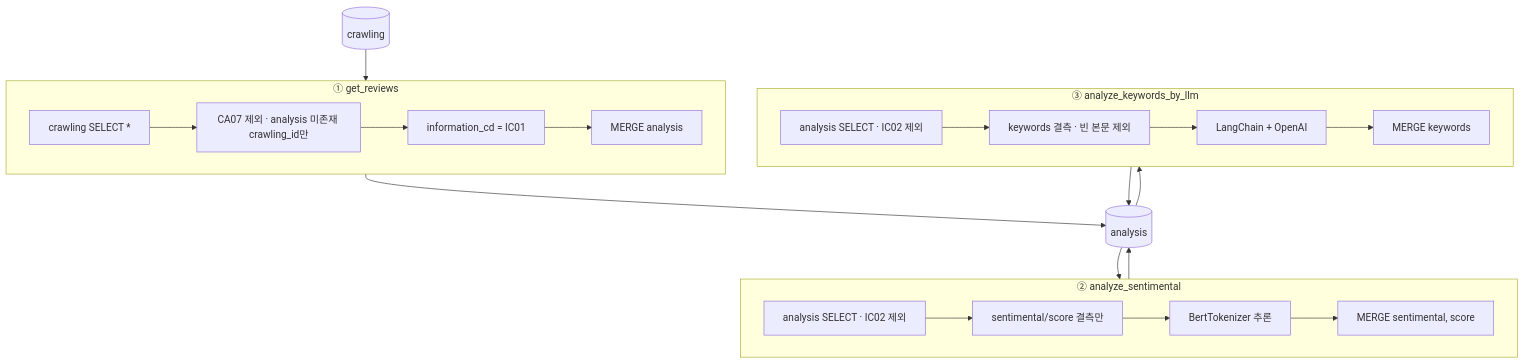
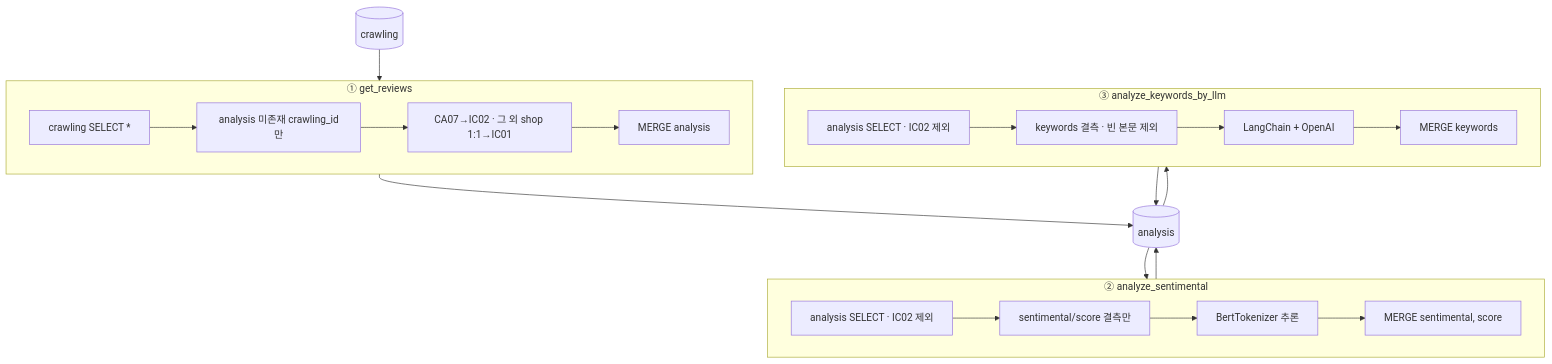
The fourth of 7 diagrams in ai/post_analysis/docs/design.md (SKN-27th-FitLog/SK-Connect), drawn with Mermaid before and after one commit. The commit also changed other lines of this file and 2 other files, not shown here.

Commit message:
[feature-post-analysis][김경수] 분석 테이블에 IT 정보글도 포함되도록 수정 (기존 예외처리 우회함 / IT 정보글을 따로 마스킹 한다음 나중에 다시 합치는 방식으로 처리했음 )

````diff
--- a/ai/post_analysis/docs/design.md
+++ b/ai/post_analysis/docs/design.md
@@ -144,33 +144,33 @@
 ```mermaid
 flowchart TB
   subgraph step1 [① get_reviews]
     S1A[crawling SELECT *]
-    S1B[CA07 제외 · analysis 미존재 crawling_id만]
-    S1C[information_cd = IC01]
+    S1B[analysis 미존재 crawling_id만]
+    S1C[CA07→IC02 · 그 외 shop 1:1→IC01]
     S1D[MERGE analysis]
     S1A --> S1B --> S1C --> S1D
   end
 
   subgraph step2 [② analyze_sentimental]
     S2A[analysis SELECT · IC02 제외]
     S2B[sentimental/score 결측만]
     S2C[BertTokenizer 추론]
     S2D[MERGE sentimental, score]
     S2A --> S2B --> S2C --> S2D
   end
 
   subgraph step3 [③ analyze_keywords_by_llm]
     S3A[analysis SELECT · IC02 제외]
     S3B[keywords 결측 · 빈 본문 제외]
     S3C[LangChain + OpenAI]
     S3D[MERGE keywords]
     S3A --> S3B --> S3C --> S3D
   end
 
   crawl[(crawling)] --> step1
   step1 --> anal[(analysis)]
   anal --> step2
   step2 --> anal
   anal --> step3
   step3 --> anal
 ```
````
